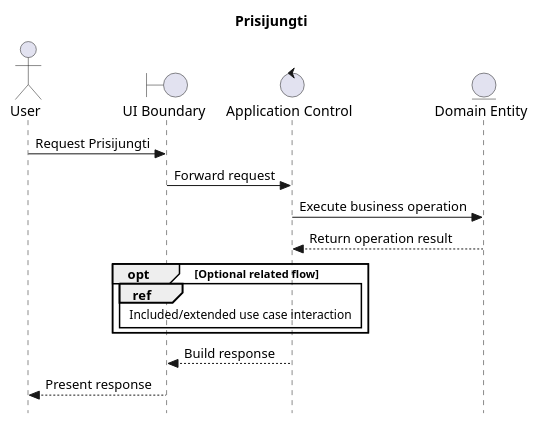
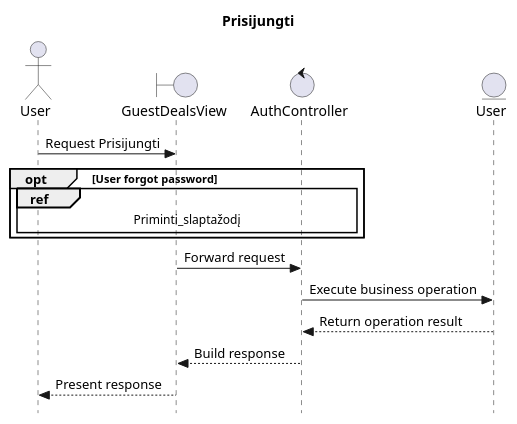
The diagram in _refs/diagrams-new/sequence/Prisijungti.puml (SauliusDev/ps-projektas), drawn with PlantUML before and after one commit. The commit also changed 42 other files, not shown here.

Commit message:
fix: restore BCE sequence alignment and targeted fragments

```diff
--- a/_refs/diagrams-new/sequence/Prisijungti.puml
+++ b/_refs/diagrams-new/sequence/Prisijungti.puml
@@ -1,22 +1,20 @@
 @startuml
 skinparam style strictuml
 
 title Prisijungti
 
 actor "User" as user
-boundary "UI Boundary" as ui
-control "Application Control" as app
-entity "Domain Entity" as entity
+boundary "GuestDealsView" as ui
+control "AuthController" as authController
+entity "User" as authUser
 
 user -> ui: Request Prisijungti
-ui -> app: Forward request
-app -> entity: Execute business operation
-entity --> app: Return operation result
-
-opt Optional related flow
-  ref over ui, app : Included/extended use case interaction
+opt User forgot password
+  ref over user, ui, authController : Priminti_slaptažodį
 end
-
-app --> ui: Build response
+ui -> authController: Forward request
+authController -> authUser: Execute business operation
+authUser --> authController: Return operation result
+authController --> ui: Build response
 ui --> user: Present response
 @enduml
```
